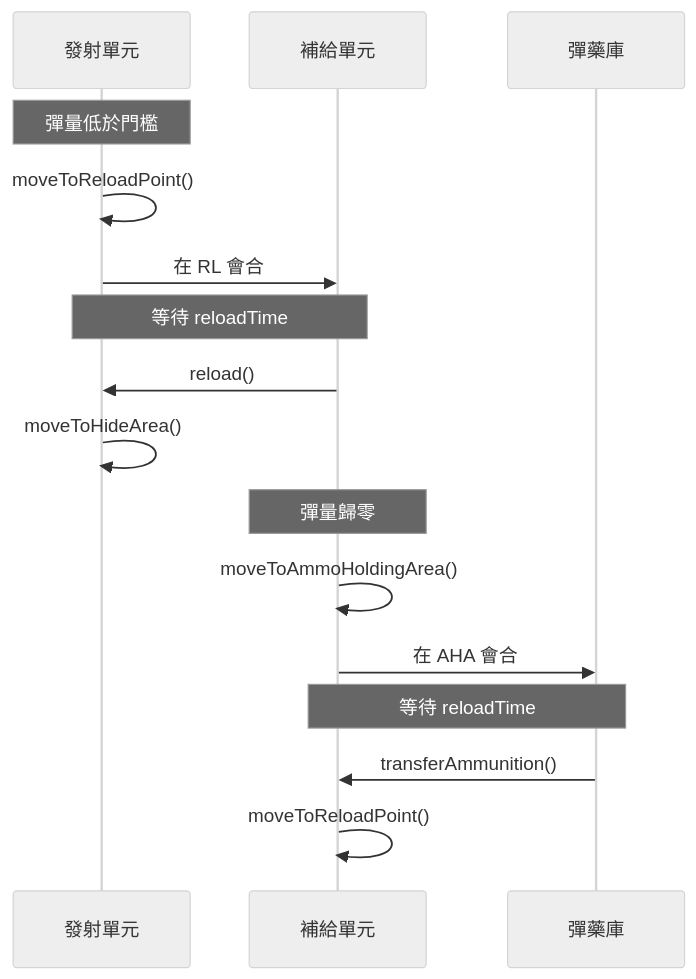
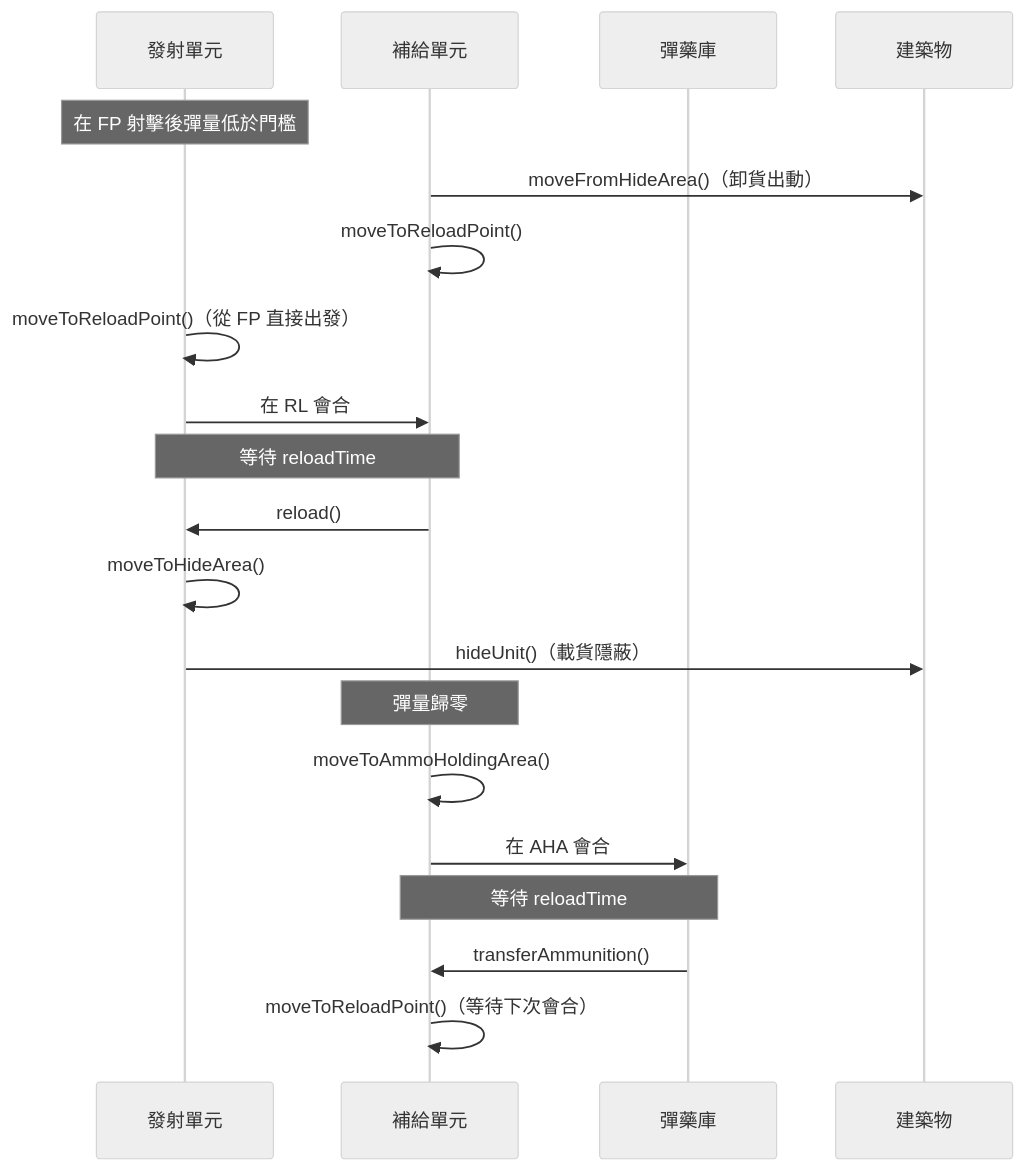
The fourth of 5 diagrams in docs/missileSystem.md (pullupjumper/formosa-in-flames), drawn with Mermaid (neutral theme) before and after one commit. The commit also changed other lines of this file and 8 other files, not shown here.

First line of the commit message:
refactor(missile-system): restructure reload cycle, add resupply-firing unit linkage, and clean up course waypoints

````diff
--- a/docs/missileSystem.md
+++ b/docs/missileSystem.md
@@ -123,22 +132,26 @@
 ```mermaid
 sequenceDiagram
     participant FU as 發射單元
     participant RU as 補給單元
     participant AD as 彈藥庫
+    participant BLDG as 建築物
 
-    Note over FU: 彈量低於門檻
-    FU->>FU: moveToReloadPoint()
+    Note over FU: 在 FP 射擊後彈量低於門檻
+    RU->>BLDG: moveFromHideArea()（卸貨出動）
+    RU->>RU: moveToReloadPoint()
+    FU->>FU: moveToReloadPoint()（從 FP 直接出發）
     FU->>RU: 在 RL 會合
 
     Note over FU,RU: 等待 reloadTime
     RU->>FU: reload()
     FU->>FU: moveToHideArea()
+    FU->>BLDG: hideUnit()（載貨隱蔽）
 
     Note over RU: 彈量歸零
     RU->>RU: moveToAmmoHoldingArea()
     RU->>AD: 在 AHA 會合
 
     Note over RU,AD: 等待 reloadTime
     AD->>RU: transferAmmunition()
-    RU->>RU: moveToReloadPoint()
+    RU->>RU: moveToReloadPoint()（等待下次會合）
 ```
````
